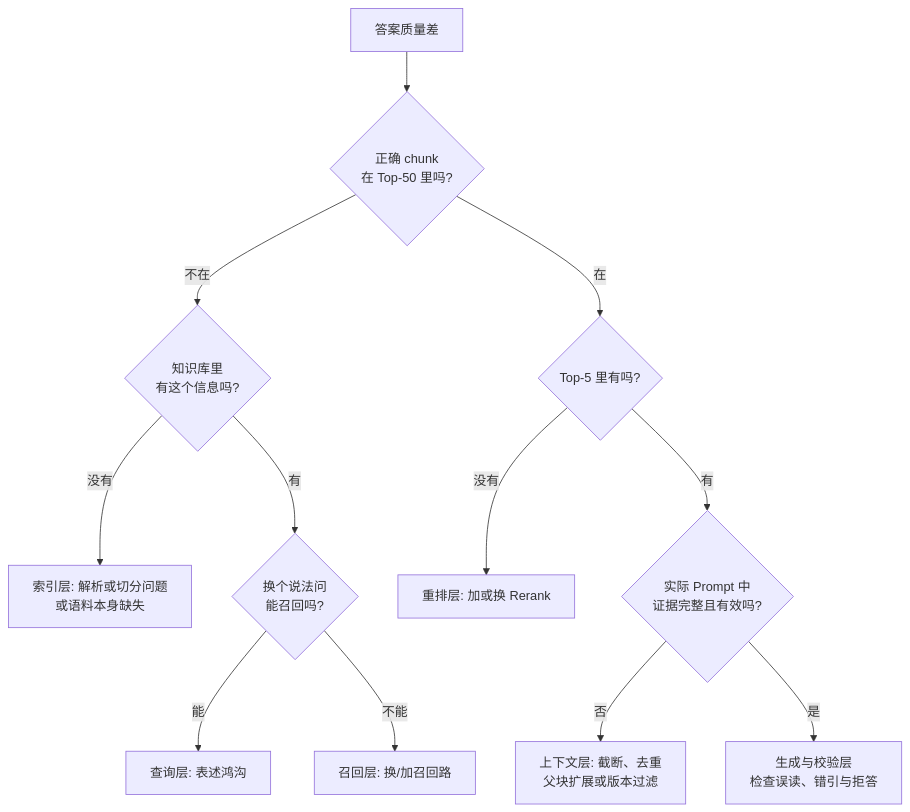
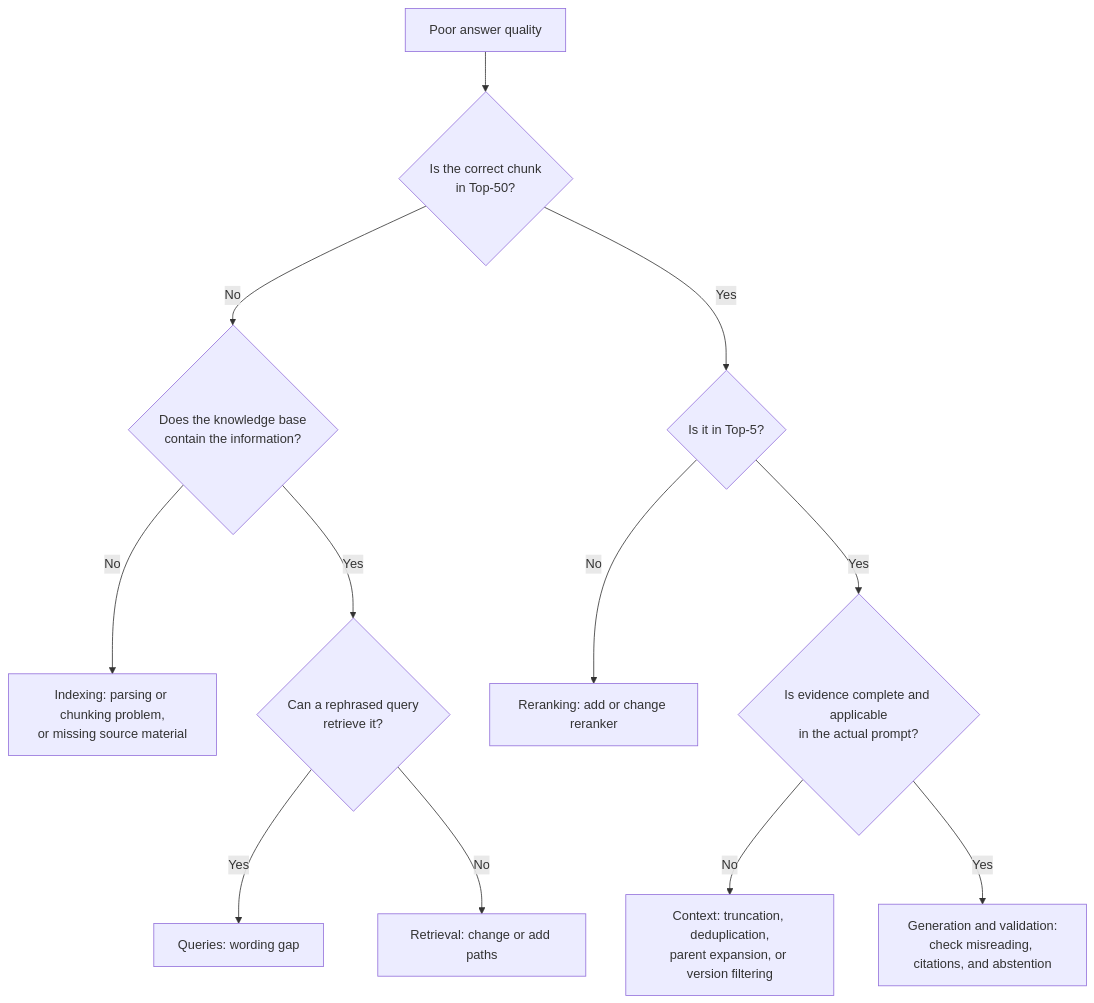
Before and after one commit to oneleaveknowsthefall/awesome-ai-roadmap: the second of 3 diagrams in docs/rag/03-retrieval/14-retrieval-optimization.md, drawn with Mermaid. The commit also changed other lines of this file and 60 other files, not shown here.

````diff
--- a/docs/rag/03-retrieval/14-retrieval-optimization.md
+++ b/docs/rag/03-retrieval/14-retrieval-optimization.md
@@ -109,14 +109,14 @@
 ```mermaid
 flowchart TB
-    BAD[答案质量差] --> C1{正确 chunk<br/>在 Top-50 里吗?}
-    C1 -->|不在| C2{知识库里<br/>有这个信息吗?}
-    C2 -->|没有| FIX1[索引层: 解析或切分问题<br/>或语料本身缺失]
-    C2 -->|有| C3{换个说法问<br/>能召回吗?}
-    C3 -->|能| FIX2[查询层: 表述鸿沟]
-    C3 -->|不能| FIX3[召回层: 换/加召回路]
-    C1 -->|在| C4{Top-5 里有吗?}
-    C4 -->|没有| FIX4[重排层: 加或换 Rerank]
-    C4 -->|有| C5{实际 Prompt 中<br/>证据完整且有效吗?}
-    C5 -->|否| FIX5[上下文层: 截断、去重<br/>父块扩展或版本过滤]
-    C5 -->|是| FIX6[生成与校验层<br/>检查误读、错引与拒答]
+    BAD[Poor answer quality] --> C1{Is the correct chunk<br/>in Top-50?}
+    C1 -->|No| C2{Does the knowledge base<br/>contain the information?}
+    C2 -->|No| FIX1[Indexing: parsing or chunking problem,<br/>or missing source material]
+    C2 -->|Yes| C3{Can a rephrased query<br/>retrieve it?}
+    C3 -->|Yes| FIX2[Queries: wording gap]
+    C3 -->|No| FIX3[Retrieval: change or add paths]
+    C1 -->|Yes| C4{Is it in Top-5?}
+    C4 -->|No| FIX4[Reranking: add or change reranker]
+    C4 -->|Yes| C5{Is evidence complete and applicable<br/>in the actual prompt?}
+    C5 -->|No| FIX5[Context: truncation, deduplication,<br/>parent expansion, or version filtering]
+    C5 -->|Yes| FIX6[Generation and validation:<br/>check misreading, citations, and abstention]
 ```
````
